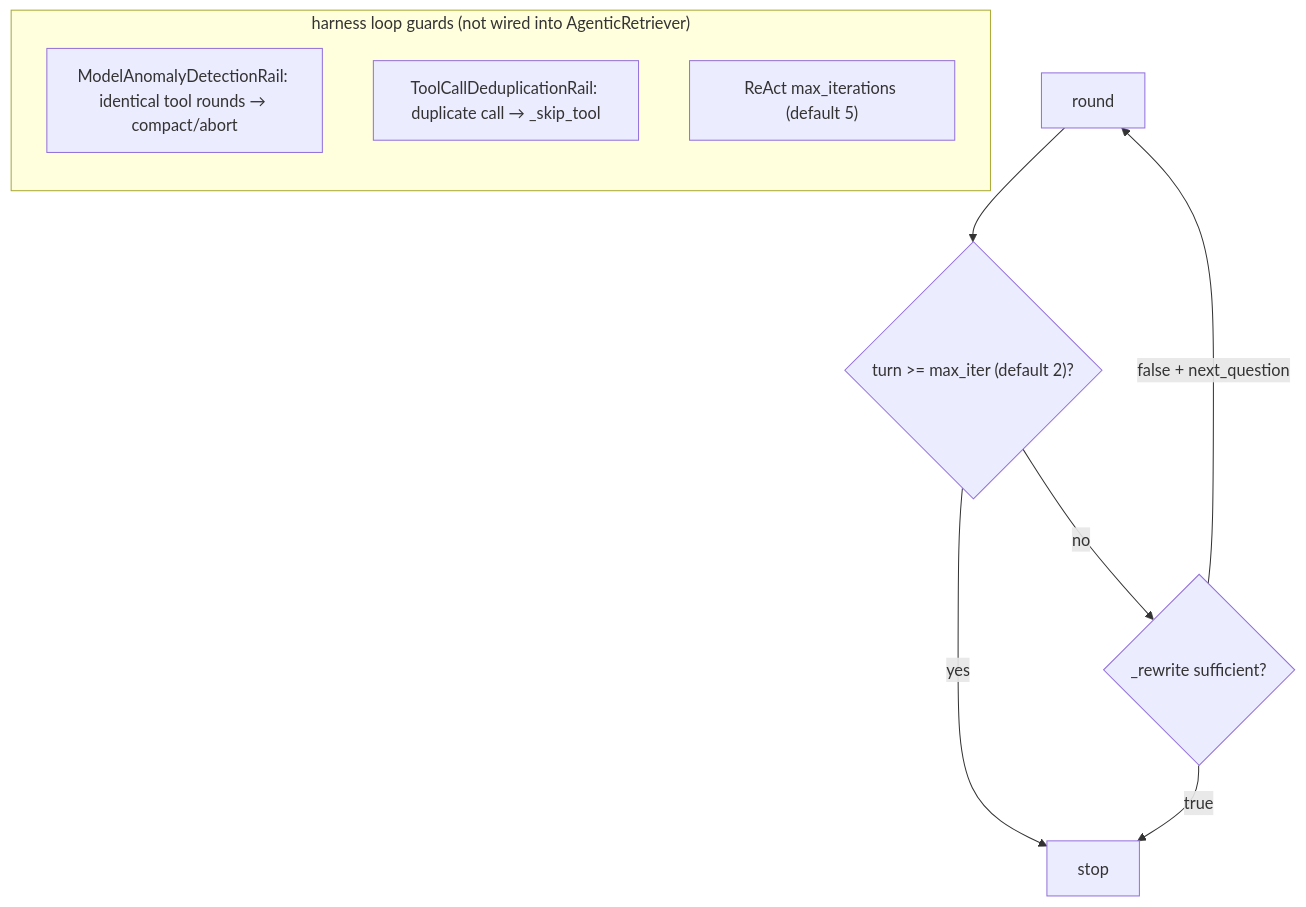
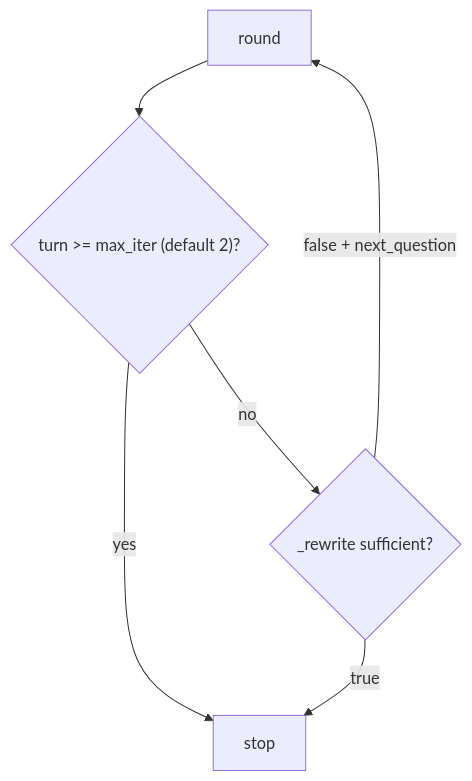
Before and after one commit to michaelatamuk/openjiuwen-knowledge: the ninth of 13 diagrams in content/topics/05-agent-fundamentals-and-the-loop.md, drawn with Mermaid. The commit also changed other lines of this file and 58 other files, not shown here.

````diff
--- a/content/topics/05-agent-fundamentals-and-the-loop.md
+++ b/content/topics/05-agent-fundamentals-and-the-loop.md
@@ -208,14 +220,8 @@
 ```mermaid
 flowchart TD
     R["round"] --> C1{"turn >= max_iter (default 2)?"}
     C1 -->|yes| STOP["stop"]
     C1 -->|no| S{"_rewrite sufficient?"}
     S -->|true| STOP
     S -->|"false + next_question"| R
-    subgraph GUARDS["harness loop guards (not wired into AgenticRetriever)"]
-    direction TB
-    A["ModelAnomalyDetectionRail: identical tool rounds → compact/abort"]
-    D["ToolCallDeduplicationRail: duplicate call → _skip_tool"]
-    I["ReAct max_iterations (default 5)"]
-    end
 ```
````
